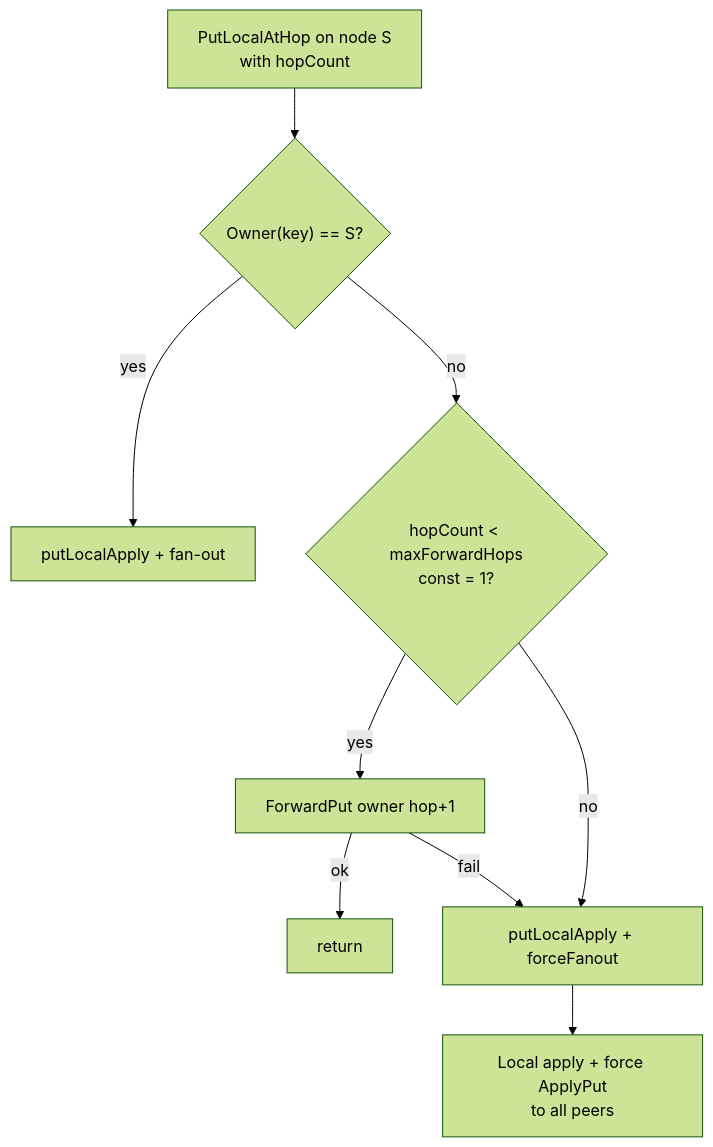
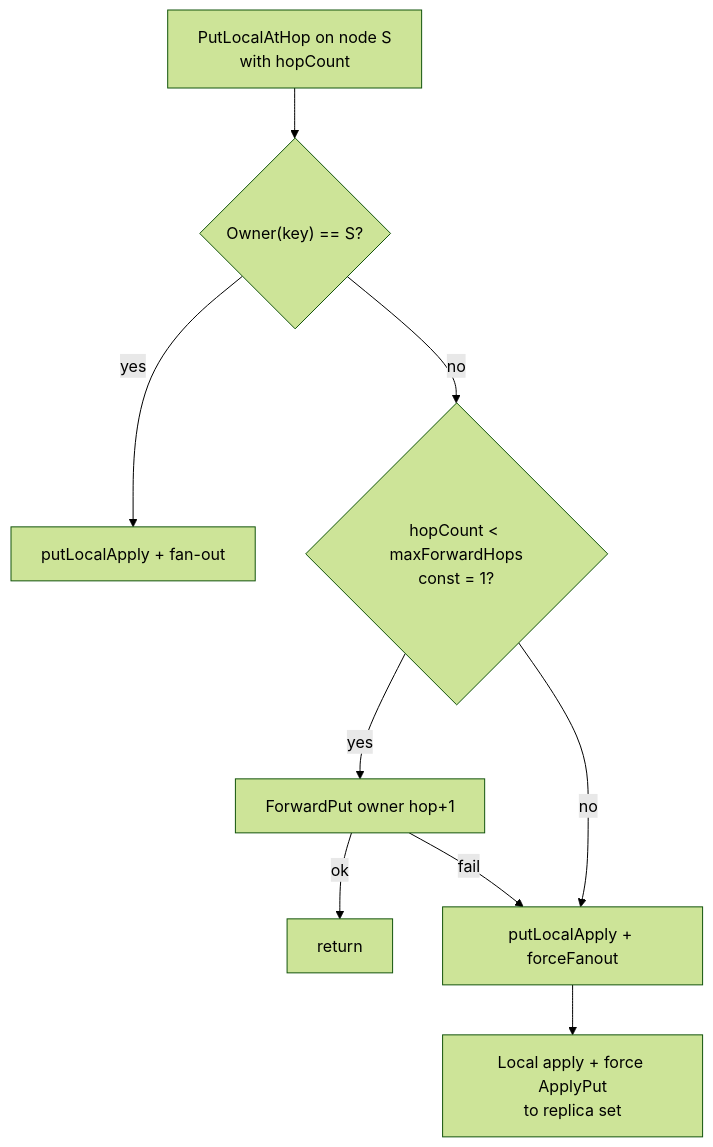
Before and after one commit to Code0987/supercache: the fourth of 18 diagrams in docs/CLUSTER_FLOWS.md, drawn with Mermaid (forest theme). The commit also changed other lines of this file and 17 other files, not shown here.

First line of the commit message:
Bound Put fan-out to a ring replica set.

````diff
--- a/docs/CLUSTER_FLOWS.md
+++ b/docs/CLUSTER_FLOWS.md
@@ -99,11 +99,11 @@
 ```mermaid
 flowchart TD
   A["PutLocalAtHop on node S<br/>with hopCount"] --> B{"Owner(key) == S?"}
   B -->|yes| C["putLocalApply + fan-out"]
   B -->|no| D{"hopCount < maxForwardHops<br/>const = 1?"}
   D -->|yes| E["ForwardPut owner hop+1"]
   E -->|ok| F["return"]
   E -->|fail| G["putLocalApply + forceFanout"]
   D -->|no| G
-  G --> H["Local apply + force ApplyPut<br/>to all peers"]
+  G --> H["Local apply + force ApplyPut<br/>to replica set"]
 ```
````
